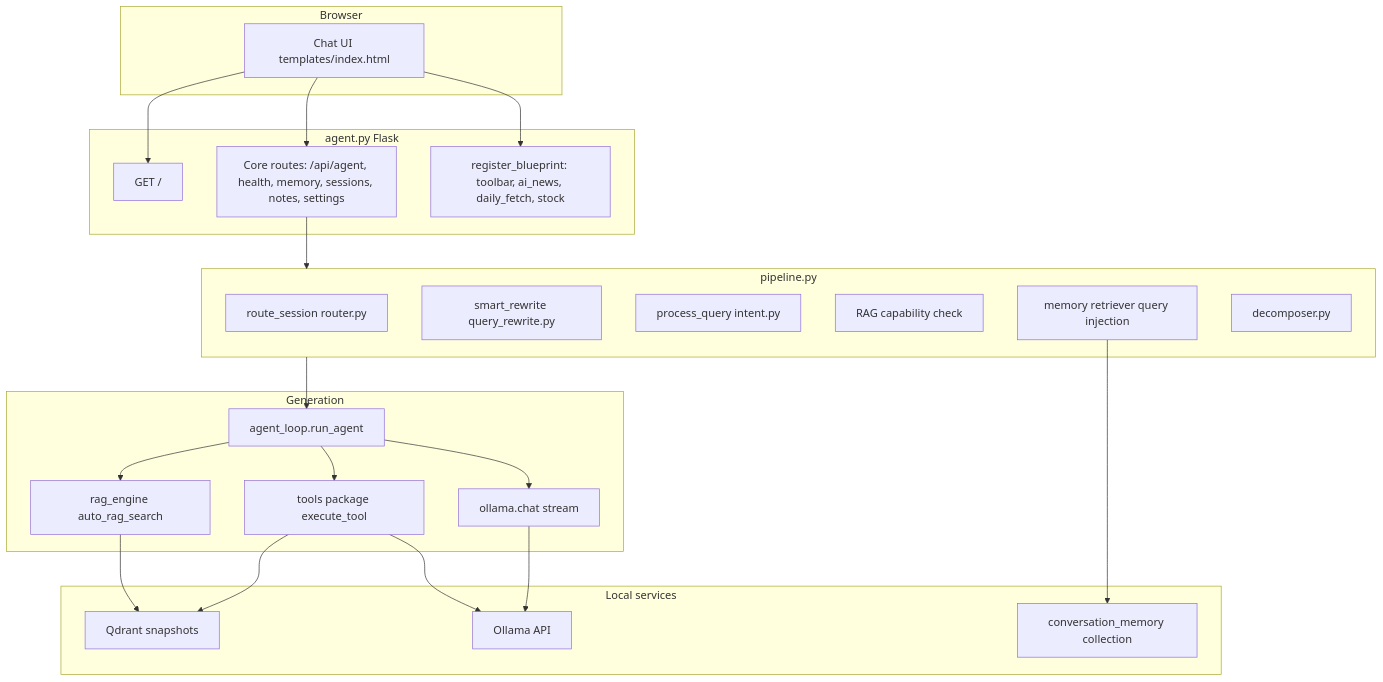
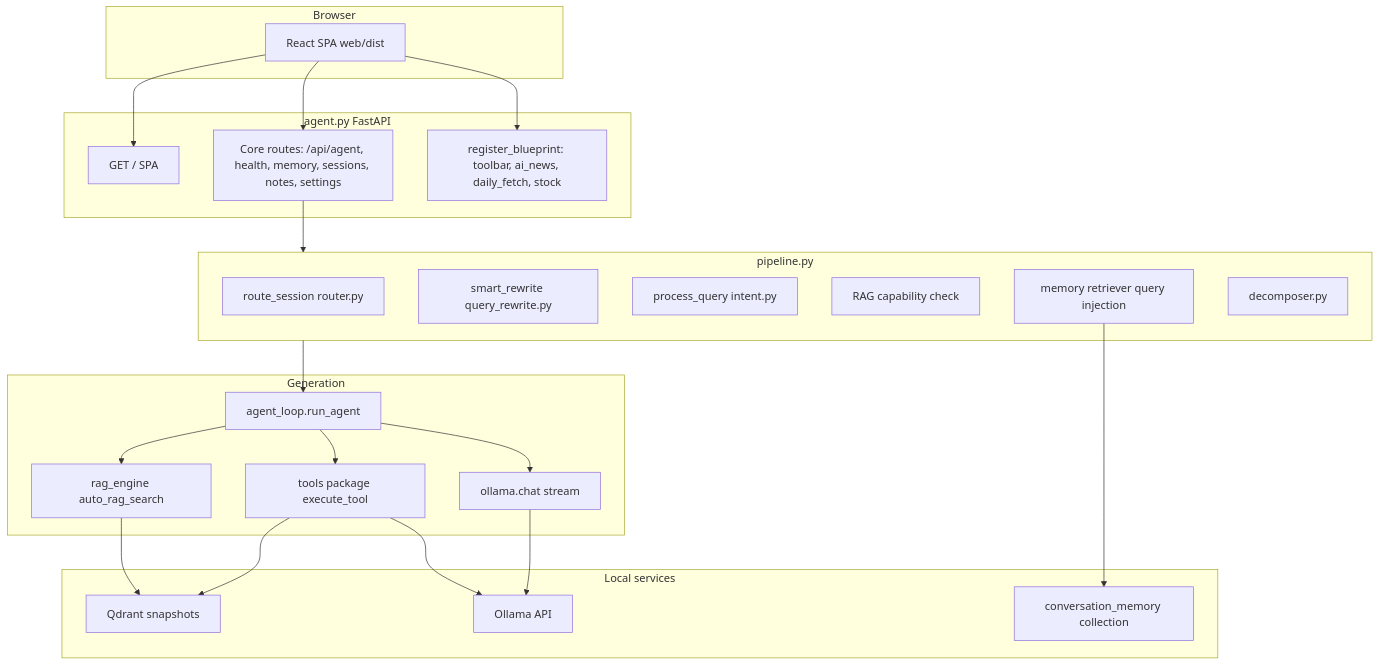
Before and after one commit to medavisyin/jarvis-yin: the diagram in docs/implementation/rag/agent-impl.md, drawn with Mermaid. The commit also changed other lines of this file and 236 other files, not shown here.

First line of the commit message:
feat: add React SPA frontend with FastAPI web API and Langfuse tracing

````diff
--- a/docs/implementation/rag/agent-impl.md
+++ b/docs/implementation/rag/agent-impl.md
@@ -22,43 +24,43 @@
 ```mermaid
 flowchart TB
   subgraph client [Browser]
-    UI[Chat UI templates/index.html]
+    UI[React SPA web/dist]
   end
-  subgraph orchestrator [agent.py Flask]
-    Idx["GET /"]
+  subgraph orchestrator [agent.py FastAPI]
+    Idx["GET / SPA"]
     Core["Core routes: /api/agent, health, memory, sessions, notes, settings"]
     BP["register_blueprint: toolbar, ai_news, daily_fetch, stock"]
   end
   subgraph pipeline [pipeline.py]
     R0[route_session router.py]
     RW[smart_rewrite query_rewrite.py]
     R1[process_query intent.py]
     R2[RAG capability check]
     R3[memory retriever query injection]
     R4[decomposer.py]
   end
   subgraph gen [Generation]
     Loop[agent_loop.run_agent]
     RAG[rag_engine auto_rag_search]
     Tools[tools package execute_tool]
     Oll[ollama.chat stream]
   end
   subgraph data [Local services]
     Qdr[Qdrant snapshots]
     Mem[conversation_memory collection]
     Ollama[Ollama API]
   end
   UI --> Idx
   UI --> Core
   UI --> BP
   Core --> pipeline
   pipeline --> Loop
   Loop --> RAG
   Loop --> Tools
   Loop --> Oll
   RAG --> Qdr
   R3 --> Mem
   Tools --> Qdr
   Tools --> Ollama
   Oll --> Ollama
 ```
````
